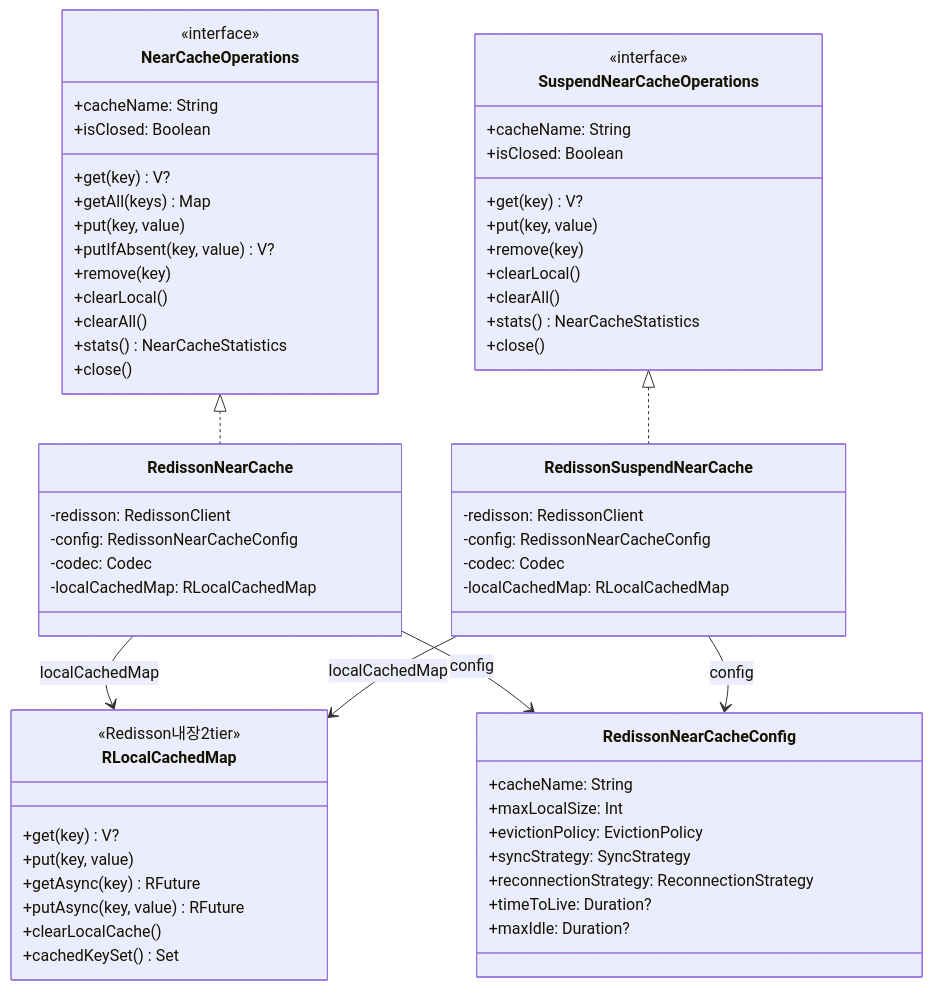
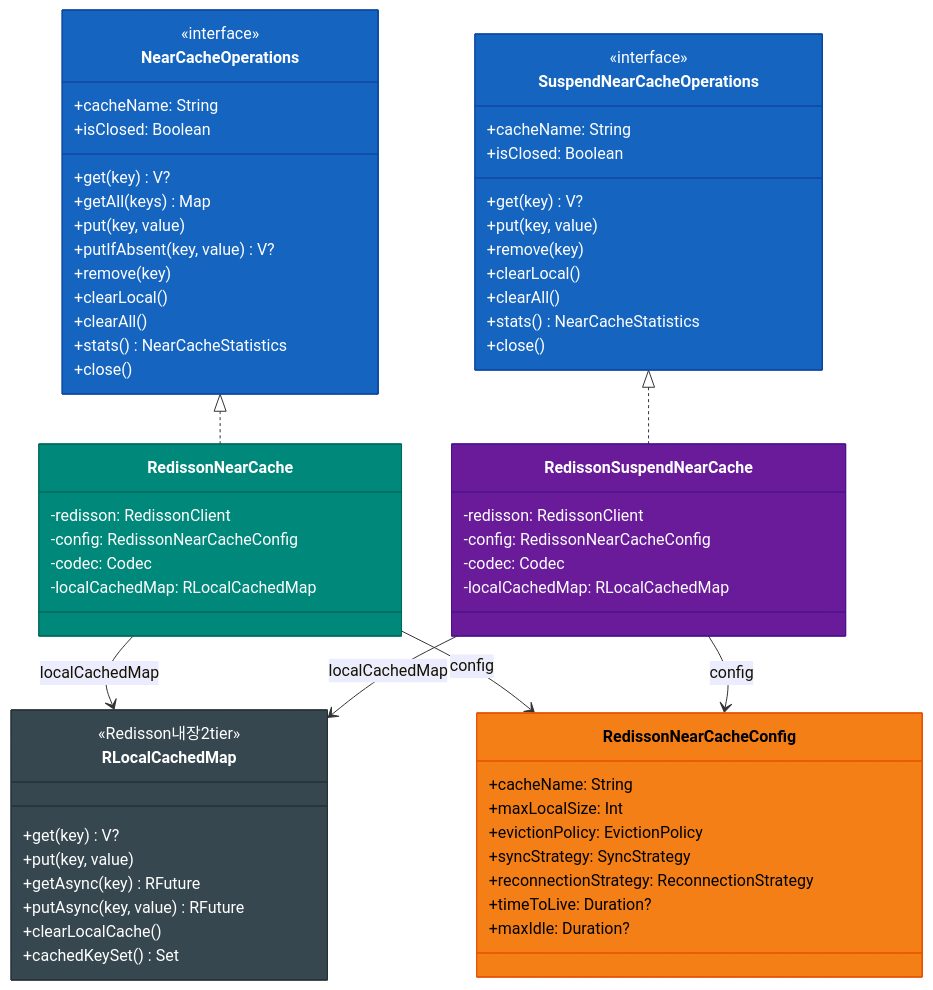
One commit to bluetape4k/bluetape4k-projects changed the first of 3 diagrams in infra/cache-redisson/README.ko.md. Above: the diagram before and after it, drawn with Mermaid. The commit also changed other lines of this file and 221 other files, not shown here.

First line of the commit message:
docs: 전체 모듈 README UML 다이어그램 보강 및 색상 업그레이드

````diff
--- a/infra/cache-redisson/README.ko.md
+++ b/infra/cache-redisson/README.ko.md
@@ -68,72 +68,79 @@
 ```mermaid
 classDiagram
     class NearCacheOperations {
         <<interface>>
         +cacheName: String
         +isClosed: Boolean
         +get(key) V?
         +getAll(keys) Map
         +put(key, value)
         +putIfAbsent(key, value) V?
         +remove(key)
         +clearLocal()
         +clearAll()
         +stats() NearCacheStatistics
         +close()
     }
 
     class SuspendNearCacheOperations {
         <<interface>>
         +cacheName: String
         +isClosed: Boolean
         +get(key) V?
         +put(key, value)
         +remove(key)
         +clearLocal()
         +clearAll()
         +stats() NearCacheStatistics
         +close()
     }
 
     class RedissonNearCache {
         -redisson: RedissonClient
         -config: RedissonNearCacheConfig
         -codec: Codec
         -localCachedMap: RLocalCachedMap
     }
 
     class RedissonSuspendNearCache {
         -redisson: RedissonClient
         -config: RedissonNearCacheConfig
         -codec: Codec
         -localCachedMap: RLocalCachedMap
     }
 
     class RedissonNearCacheConfig {
         +cacheName: String
         +maxLocalSize: Int
         +evictionPolicy: EvictionPolicy
         +syncStrategy: SyncStrategy
         +reconnectionStrategy: ReconnectionStrategy
         +timeToLive: Duration?
         +maxIdle: Duration?
     }
 
     class RLocalCachedMap {
         <<Redisson내장2tier>>
         +get(key) V?
         +put(key, value)
         +getAsync(key) RFuture
         +putAsync(key, value) RFuture
         +clearLocalCache()
         +cachedKeySet() Set
     }
 
     NearCacheOperations <|.. RedissonNearCache
     SuspendNearCacheOperations <|.. RedissonSuspendNearCache
     RedissonNearCache --> RLocalCachedMap: localCachedMap
     RedissonNearCache --> RedissonNearCacheConfig: config
     RedissonSuspendNearCache --> RLocalCachedMap: localCachedMap
     RedissonSuspendNearCache --> RedissonNearCacheConfig: config
 
+    style NearCacheOperations fill:#1565C0,stroke:#0D47A1,color:#FFFFFF
+    style SuspendNearCacheOperations fill:#1565C0,stroke:#0D47A1,color:#FFFFFF
+    style RedissonNearCache fill:#00897B,stroke:#00695C,color:#FFFFFF
+    style RedissonSuspendNearCache fill:#6A1B9A,stroke:#4A148C,color:#FFFFFF
+    style RedissonNearCacheConfig fill:#F57F17,stroke:#E65100,color:#000000
+    style RLocalCachedMap fill:#37474F,stroke:#263238,color:#FFFFFF
+
 ```
````
